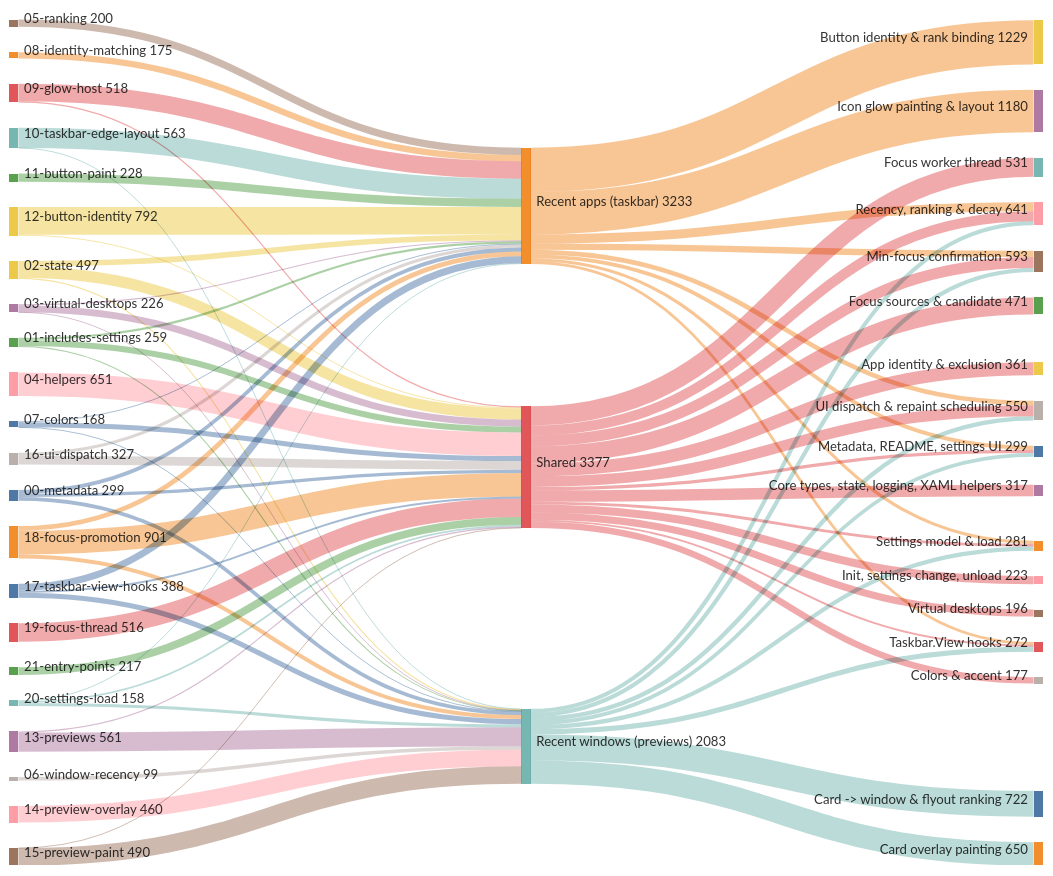
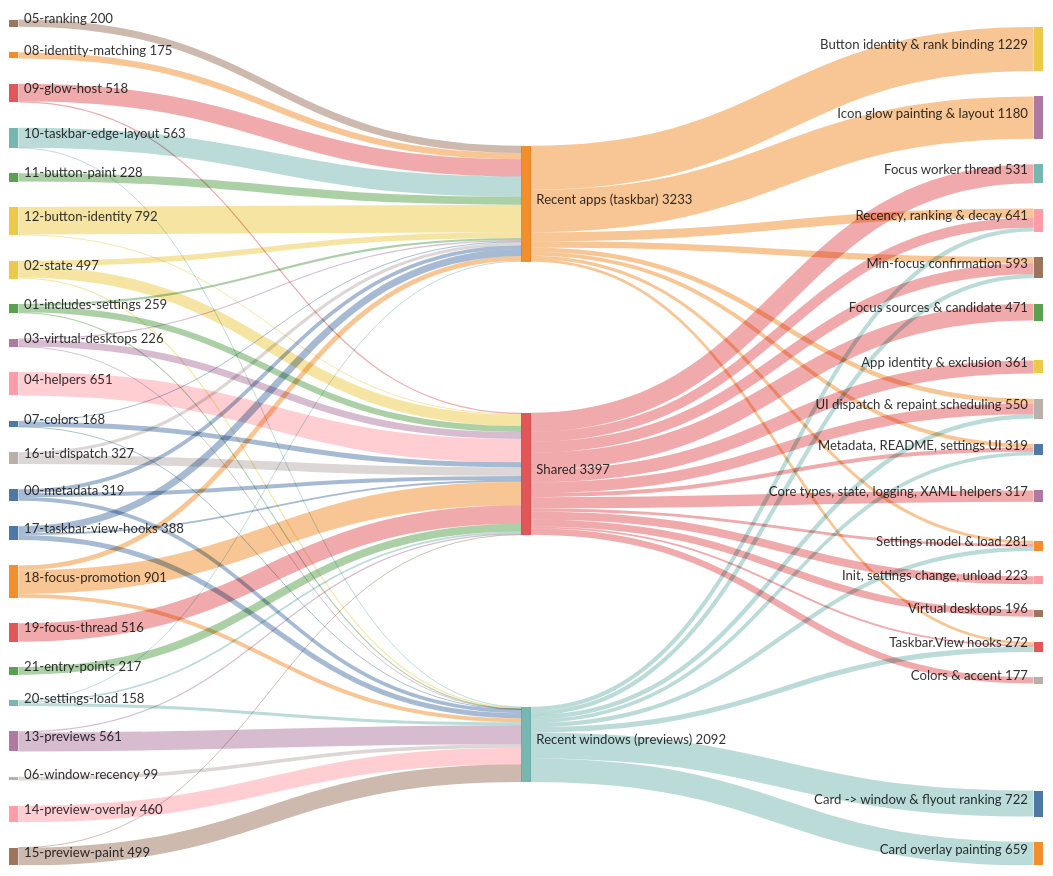
Before and after one commit to jvlasek/taskbar-recent-focus-highlight: the second of 5 diagrams in doc/code/code-breakdown.md, drawn with Mermaid. The commit also changed other lines of this file and 6 other files, not shown here.

```diff
--- a/doc/code/code-breakdown.md
+++ b/doc/code/code-breakdown.md
@@ -38,7 +38,7 @@
 ---
 sankey-beta
 00-metadata,"Recent apps (taskbar)",105
-00-metadata,"Shared",91
+00-metadata,"Shared",111
 00-metadata,"Recent windows (previews)",103
 01-includes-settings,"Recent apps (taskbar)",61
 01-includes-settings,"Shared",170
@@ -67,7 +67,7 @@
 13-previews,"Recent windows (previews)",528
 14-preview-overlay,"Recent windows (previews)",460
 15-preview-paint,"Shared",4
-15-preview-paint,"Recent windows (previews)",486
+15-preview-paint,"Recent windows (previews)",495
 16-ui-dispatch,"Recent apps (taskbar)",87
 16-ui-dispatch,"Shared",240
 17-taskbar-view-hooks,"Recent apps (taskbar)",193
@@ -99,11 +99,11 @@
 "Shared","Init, settings change, unload",223
 "Shared","Virtual desktops",196
 "Shared","Colors & accent",177
-"Shared","Metadata, README, settings UI",91
+"Shared","Metadata, README, settings UI",111
 "Shared","Settings model & load",78
 "Shared","Taskbar.View hooks",52
 "Recent windows (previews)","Card -> window & flyout ranking",722
-"Recent windows (previews)","Card overlay painting",650
+"Recent windows (previews)","Card overlay painting",659
 "Recent windows (previews)","Taskbar.View hooks",143
 "Recent windows (previews)","UI dispatch & repaint scheduling",121
 "Recent windows (previews)","Settings model & load",116
```
